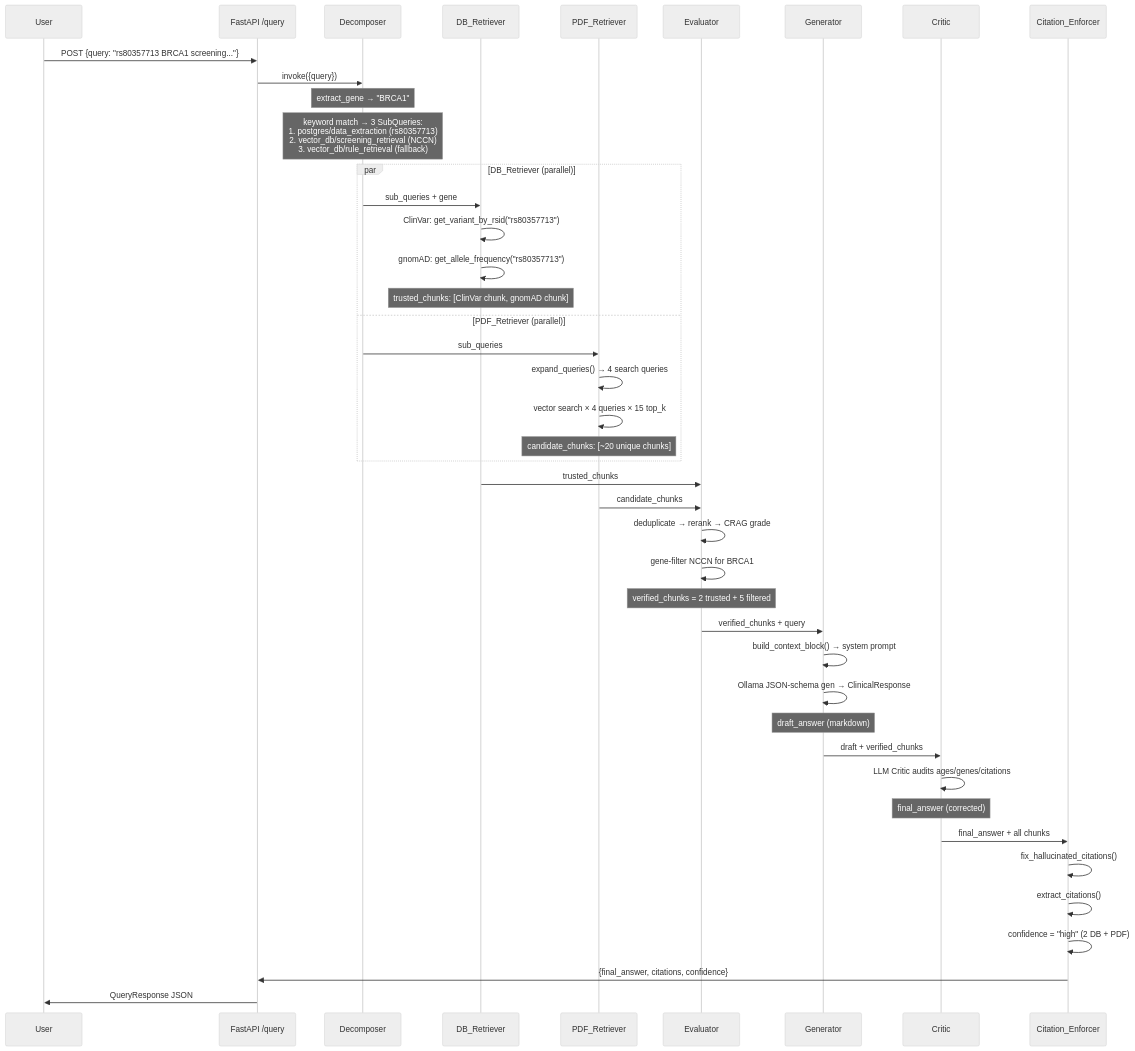
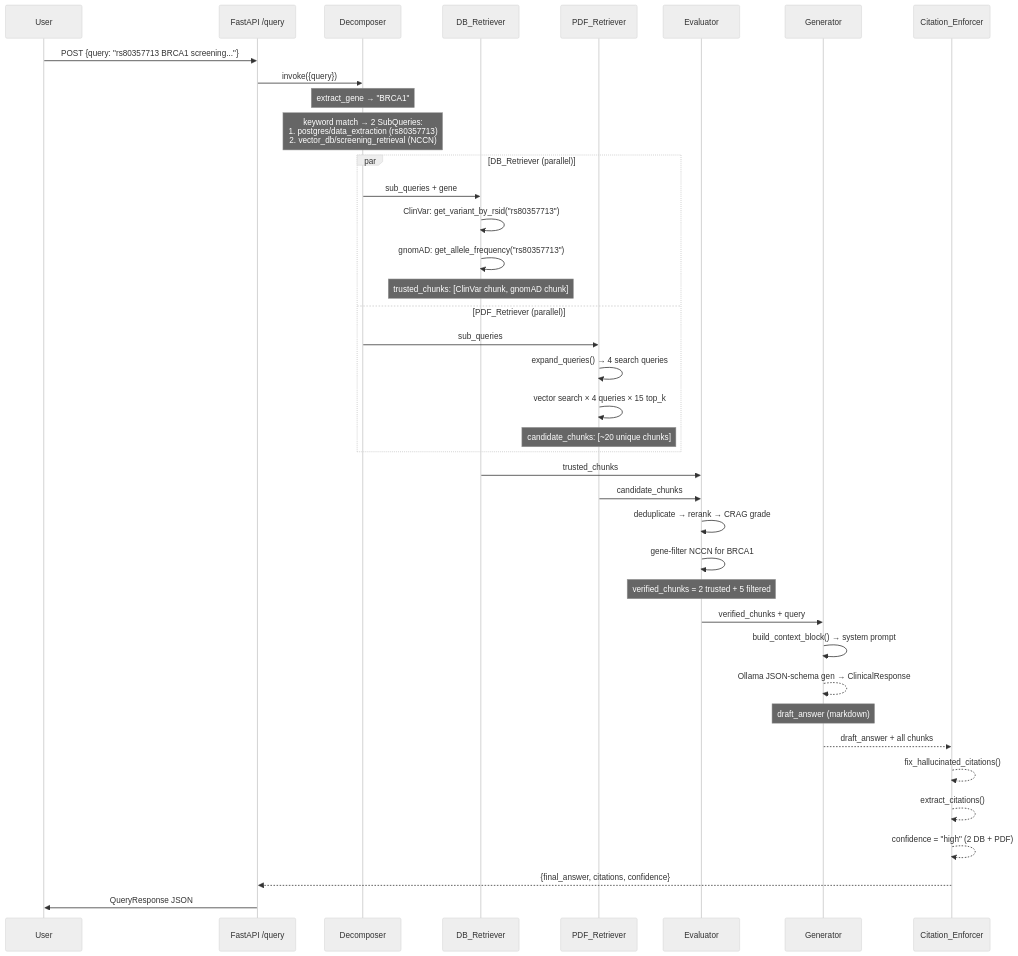
One commit to RenX86/Privacy-Preserving-CDSS changed diagram 12 of 12 in project_analysis.md. Above: the diagram before and after it, drawn with Mermaid (neutral theme). The commit also changed other lines of this file and 9 other files, not shown here.

````diff
--- a/project_analysis.md
+++ b/project_analysis.md
@@ -464,53 +439,48 @@
 ```mermaid
 sequenceDiagram
     participant U as User
     participant API as FastAPI /query
     participant D as Decomposer
     participant DBR as DB_Retriever
     participant PDFR as PDF_Retriever
     participant E as Evaluator
     participant G as Generator
-    participant C as Critic
     participant CE as Citation_Enforcer
 
     U->>API: POST {query: "rs80357713 BRCA1 screening..."}
     API->>D: invoke({query})
 
     Note over D: extract_gene → "BRCA1"
-    Note over D: keyword match → 3 SubQueries:<br/>1. postgres/data_extraction (rs80357713)<br/>2. vector_db/screening_retrieval (NCCN)<br/>3. vector_db/rule_retrieval (fallback)
+    Note over D: keyword match → 2 SubQueries:<br/>1. postgres/data_extraction (rs80357713)<br/>2. vector_db/screening_retrieval (NCCN)
 
     par DB_Retriever (parallel)
         D->>DBR: sub_queries + gene
         DBR->>DBR: ClinVar: get_variant_by_rsid("rs80357713")
         DBR->>DBR: gnomAD: get_allele_frequency("rs80357713")
         Note over DBR: trusted_chunks: [ClinVar chunk, gnomAD chunk]
     and PDF_Retriever (parallel)
         D->>PDFR: sub_queries
         PDFR->>PDFR: expand_queries() → 4 search queries
         PDFR->>PDFR: vector search × 4 queries × 15 top_k
         Note over PDFR: candidate_chunks: [~20 unique chunks]
     end
 
     DBR->>E: trusted_chunks
     PDFR->>E: candidate_chunks
     E->>E: deduplicate → rerank → CRAG grade
     E->>E: gene-filter NCCN for BRCA1
     Note over E: verified_chunks = 2 trusted + 5 filtered
 
     E->>G: verified_chunks + query
     G->>G: build_context_block() → system prompt
-    G->>G: Ollama JSON-schema gen → ClinicalResponse
+    G-->>G: Ollama JSON-schema gen → ClinicalResponse
     Note over G: draft_answer (markdown)
 
-    G->>C: draft + verified_chunks
-    C->>C: LLM Critic audits ages/genes/citations
-    Note over C: final_answer (corrected)
+    G-->>CE: draft_answer + all chunks
+    CE-->>CE: fix_hallucinated_citations()
+    CE-->>CE: extract_citations()
+    CE-->>CE: confidence = "high" (2 DB + PDF)
 
-    C->>CE: final_answer + all chunks
-    CE->>CE: fix_hallucinated_citations()
-    CE->>CE: extract_citations()
-    CE->>CE: confidence = "high" (2 DB + PDF)
-
-    CE->>API: {final_answer, citations, confidence}
+    CE-->>API: {final_answer, citations, confidence}
     API->>U: QueryResponse JSON
 ```
````
